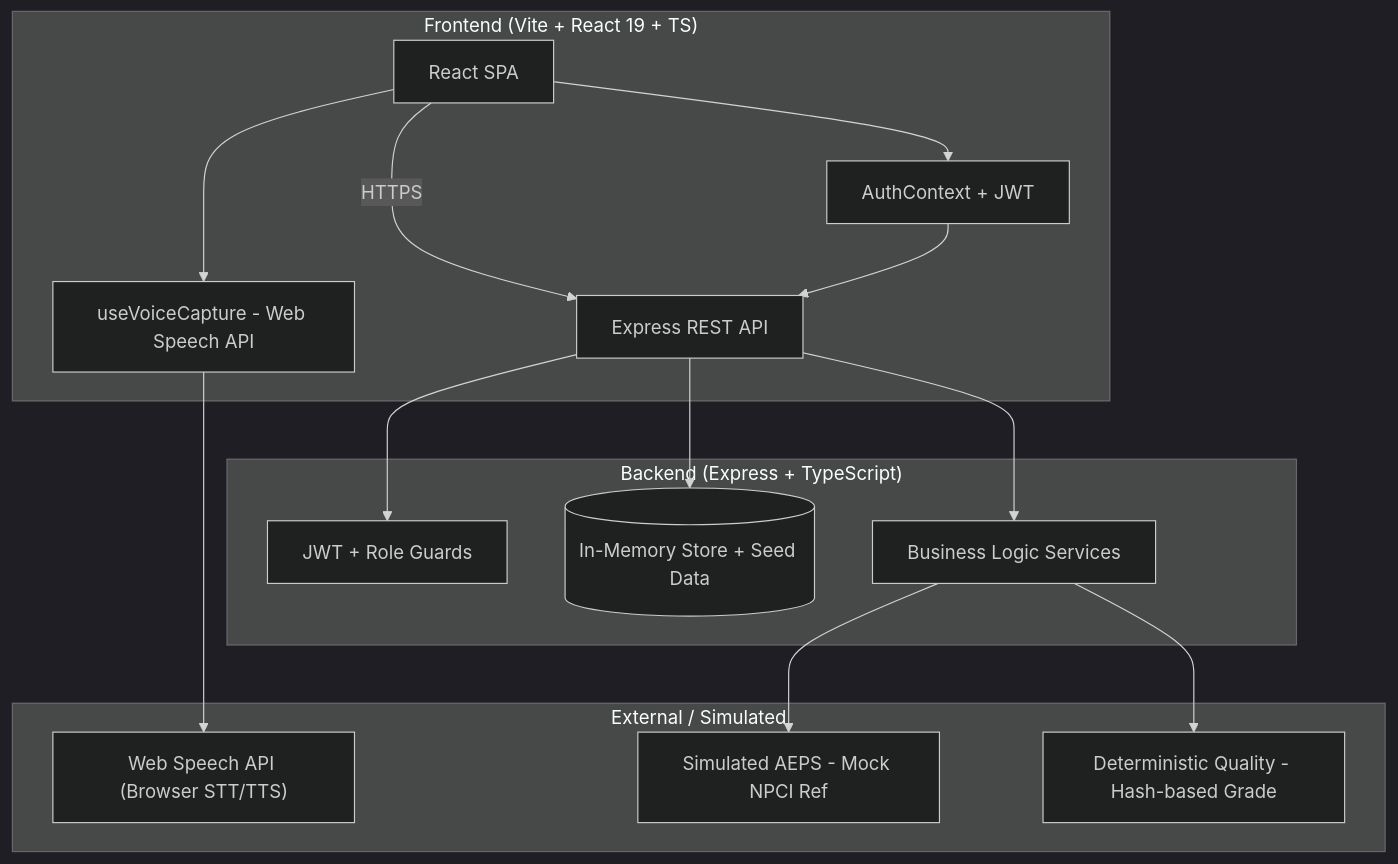
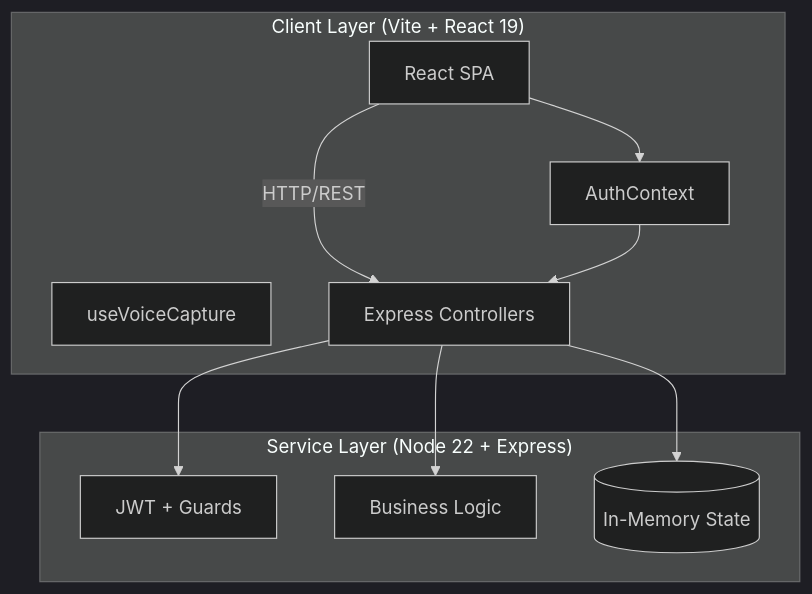
One commit to cressica18/SIH2026_MVP changed the second of 2 diagrams in README.md. Above: the diagram before and after it, drawn with Mermaid (dark theme). The commit also changed other lines of this file, not shown here.

````diff
--- a/README.md
+++ b/README.md
@@ -141,32 +95,22 @@
 ```mermaid
 graph TB
-    subgraph "Frontend (Vite + React 19 + TS)"
+    subgraph "Client Layer (Vite + React 19)"
         UI[React SPA]
-        Auth[AuthContext + JWT]
-        Voice["useVoiceCapture - Web Speech API"]
-        UI -- HTTPS --> API
+        Auth[AuthContext]
+        Voice["useVoiceCapture"]
+        UI -- HTTP/REST --> API
     end
 
-    subgraph "Backend (Express + TypeScript)"
-        API[Express REST API]
-        AuthM[JWT + Role Guards]
-        Store[("In-Memory Store + Seed Data")]
-        Services[Business Logic Services]
-    end
-
-    subgraph "External / Simulated"
-        Speech["Web Speech API (Browser STT/TTS)"]
-        MockAEPS["Simulated AEPS - Mock NPCI Ref"]
-        MockQuality["Deterministic Quality - Hash-based Grade"]
+    subgraph "Service Layer (Node 22 + Express)"
+        API[Express Controllers]
+        AuthM[JWT + Guards]
+        Services[Business Logic]
+        Store[("In-Memory State")]
     end
 
     UI --> Auth
-    UI --> Voice
-    Voice --> Speech
     Auth --> API
     API --> AuthM
     API --> Store
     API --> Services
-    Services --> MockAEPS
-    Services --> MockQuality
 ```
````
